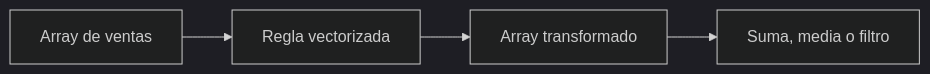
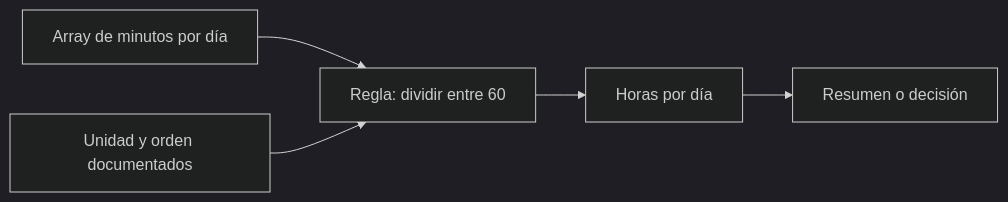
The diagram in curso/04-numpy/lecciones/01-arrays-y-vectorizacion.md (Ayhur/CursoAnalista), drawn with Mermaid (dark theme) before and after one commit. The commit also changed other lines of this file and 13 other files, not shown here.

````diff
--- a/curso/04-numpy/lecciones/01-arrays-y-vectorizacion.md
+++ b/curso/04-numpy/lecciones/01-arrays-y-vectorizacion.md
@@ -21,6 +42,7 @@
 ```mermaid
 flowchart LR
-  A[Array de ventas] --> B[Regla vectorizada]
-  B --> C[Array transformado]
-  C --> D[Suma, media o filtro]
+  A[Array de minutos por día] --> B[Regla: dividir entre 60]
+  B --> C[Horas por día]
+  C --> D[Resumen o decisión]
+  E[Unidad y orden documentados] --> B
 ```
````
